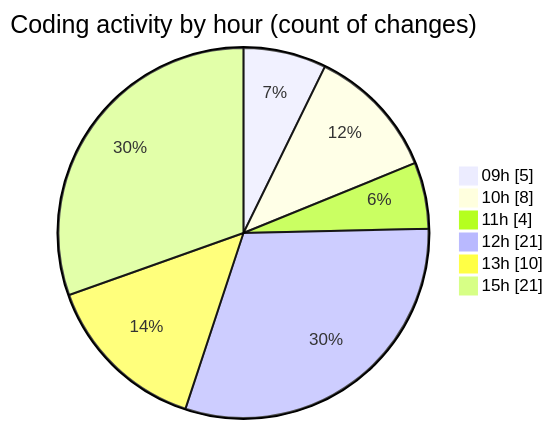
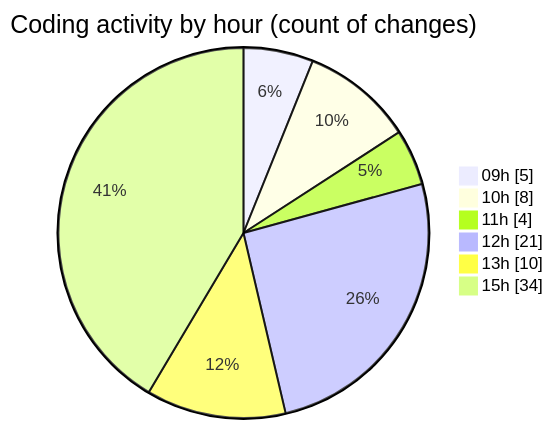
Before and after one commit to momahboobian/code-tracking: the second of 2 diagrams in 2026-11-05/cda/README.md, drawn with Mermaid. The commit also changed other lines of this file and 1 other file, not shown here.

````diff
--- a/2026-11-05/cda/README.md
+++ b/2026-11-05/cda/README.md
@@ -50,10 +55,10 @@
 ```mermaid
 pie showData
 title Coding activity by hour (count of changes)
 "09h" : 5
 "10h" : 8
 "11h" : 4
 "12h" : 21
 "13h" : 10
-"15h" : 21
+"15h" : 34
 ```
````
